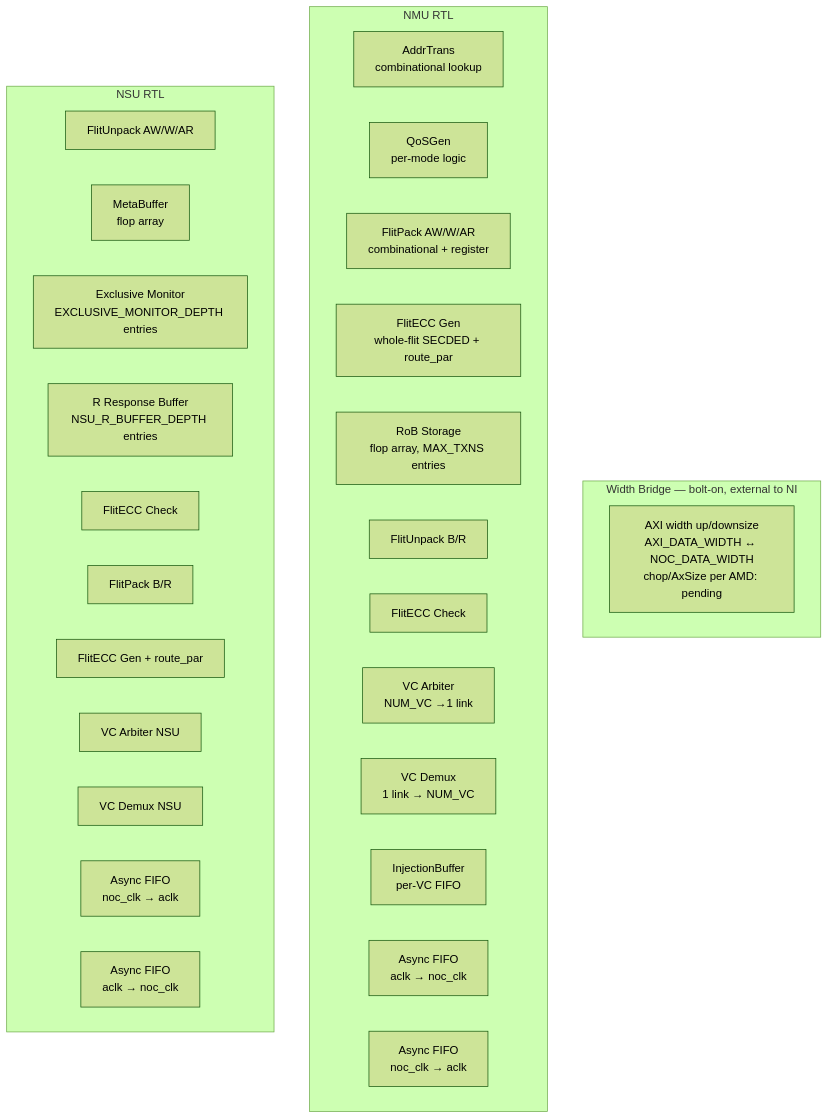
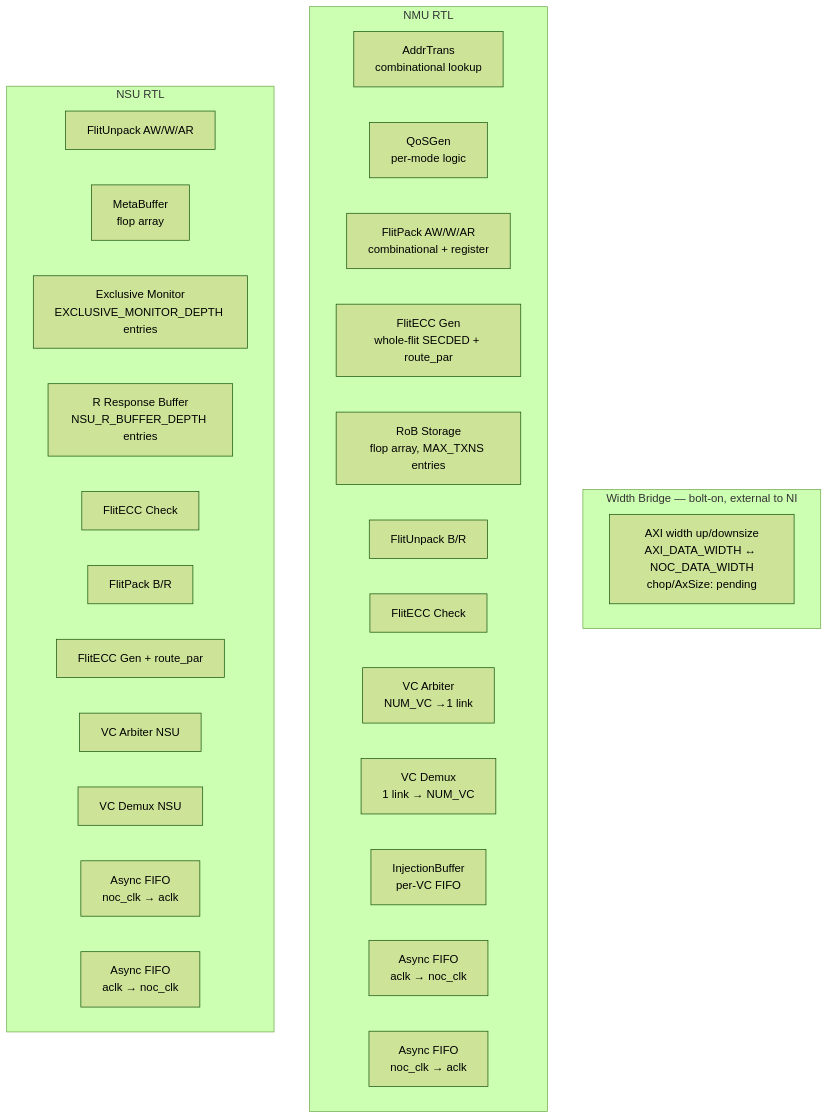
One commit to changlukas/noc-sim changed the second of 2 diagrams in spec/ni/doc/theory_of_operation.md. Above: the diagram before and after it, drawn with Mermaid (forest theme). The commit also changed other lines of this file and 36 other files, not shown here.

````diff
--- a/spec/ni/doc/theory_of_operation.md
+++ b/spec/ni/doc/theory_of_operation.md
@@ -481,33 +481,33 @@
 ```mermaid
 flowchart TB
     subgraph WBRIDGE[Width Bridge — bolt-on, external to NI]
-        WB[AXI width up/downsize<br>AXI_DATA_WIDTH ↔ NOC_DATA_WIDTH<br>chop/AxSize per AMD: pending]
+        WB[AXI width up/downsize<br>AXI_DATA_WIDTH ↔ NOC_DATA_WIDTH<br>chop/AxSize: pending]
     end
     subgraph NMU_RTL[NMU RTL]
         ATX[AddrTrans<br>combinational lookup]
         QGEN[QoSGen<br>per-mode logic]
         FPK[FlitPack AW/W/AR<br>combinational + register]
         EGEN[FlitECC Gen<br>whole-flit SECDED + route_par]
         ROB_RTL[RoB Storage<br>flop array, MAX_TXNS entries]
         FUP[FlitUnpack B/R]
         ECHK[FlitECC Check]
         VCARB_O[VC Arbiter<br>NUM_VC →1 link]
         VCDMX_I[VC Demux<br>1 link → NUM_VC]
         IBF[InjectionBuffer<br>per-VC FIFO]
         CDC_F1[Async FIFO<br>aclk → noc_clk]
         CDC_F2[Async FIFO<br>noc_clk → aclk]
     end
     subgraph NSU_RTL[NSU RTL]
         FUP_S[FlitUnpack AW/W/AR]
         MBF[MetaBuffer<br>flop array]
         EXCMON[Exclusive Monitor<br>EXCLUSIVE_MONITOR_DEPTH entries]
         RRSP[R Response Buffer<br>NSU_R_BUFFER_DEPTH entries]
         ECHK_S[FlitECC Check]
         FPK_S[FlitPack B/R]
         EGEN_S[FlitECC Gen + route_par]
         VCARB_S[VC Arbiter NSU]
         VCDMX_S[VC Demux NSU]
         CDC_F3[Async FIFO<br>noc_clk → aclk]
         CDC_F4[Async FIFO<br>aclk → noc_clk]
     end
 ```
````
